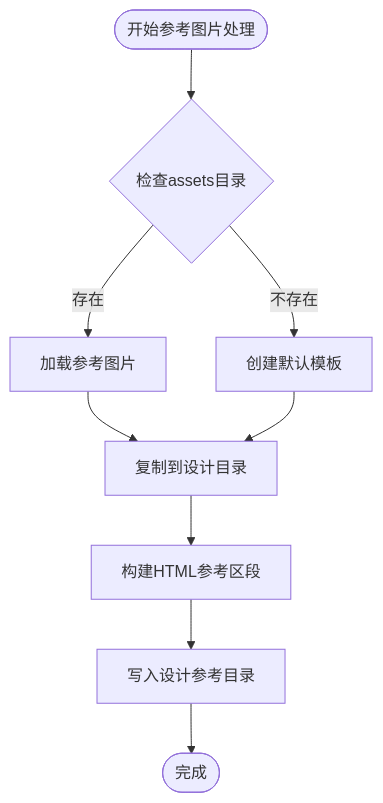
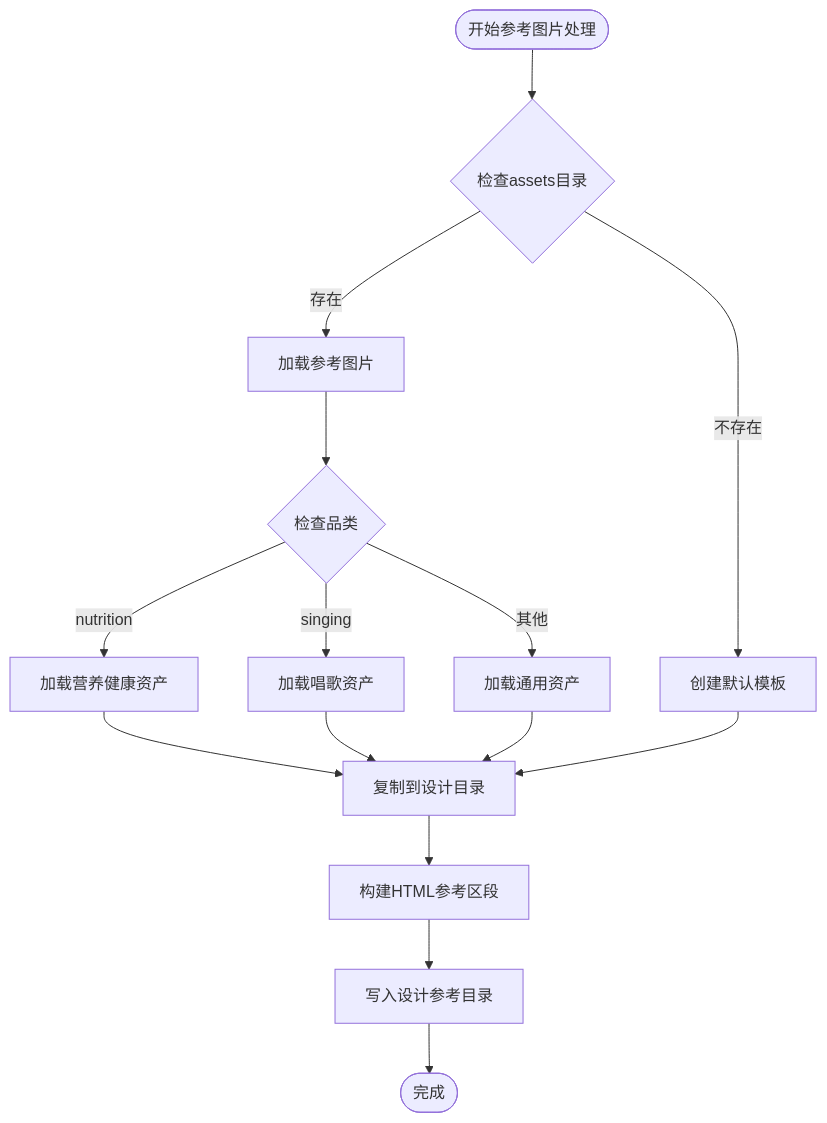
Before and after one commit to WongMingJiu/landingpage-test-hero-page: diagram 14 of 23 in .qoder/repowiki/zh/content/配置和定制/配置和定制.md, drawn with Mermaid. The commit also changed other lines of this file and 6 other files, not shown here.

````diff
--- a/.qoder/repowiki/zh/content/配置和定制/配置和定制.md
+++ b/.qoder/repowiki/zh/content/配置和定制/配置和定制.md
@@ -493,11 +699,17 @@
 ```mermaid
 flowchart TD
 Start([开始参考图片处理]) --> CheckAssets{检查assets目录}
 CheckAssets --> |存在| LoadAssets[加载参考图片]
 CheckAssets --> |不存在| CreateDefault[创建默认模板]
-LoadAssets --> CopyToDesign[复制到设计目录]
+LoadAssets --> CheckCategory{检查品类}
+CheckCategory --> |nutrition| LoadNutritionAssets[加载营养健康资产]
+CheckCategory --> |singing| LoadSingingAssets[加载唱歌资产]
+CheckCategory --> |其他| LoadGenericAssets[加载通用资产]
+LoadNutritionAssets --> CopyToDesign[复制到设计目录]
+LoadSingingAssets --> CopyToDesign
+LoadGenericAssets --> CopyToDesign
 CreateDefault --> CopyToDesign
 CopyToDesign --> BuildHTML[构建HTML参考区段]
 BuildHTML --> WriteDesignRefer[写入设计参考目录]
 WriteDesignRefer --> End([完成])
 ```
````
